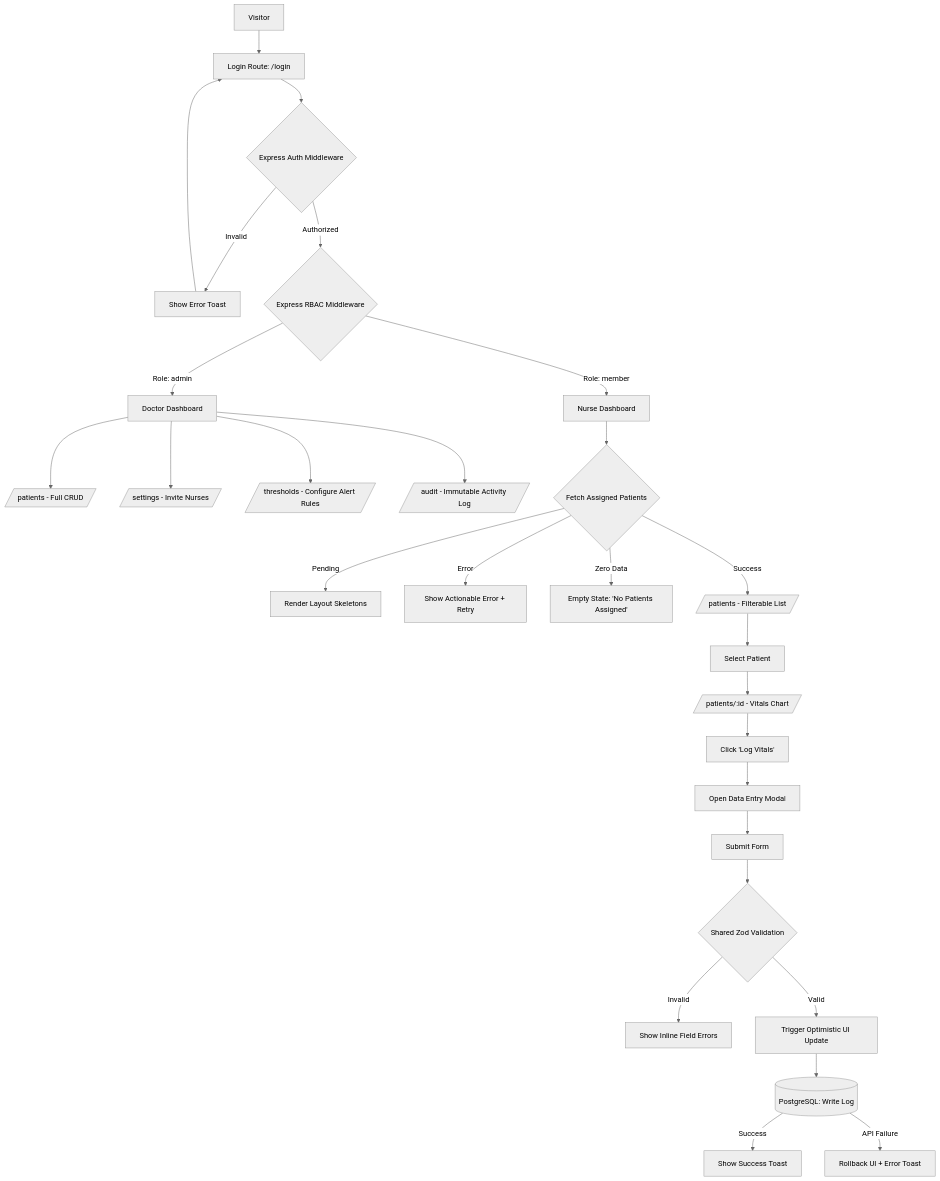
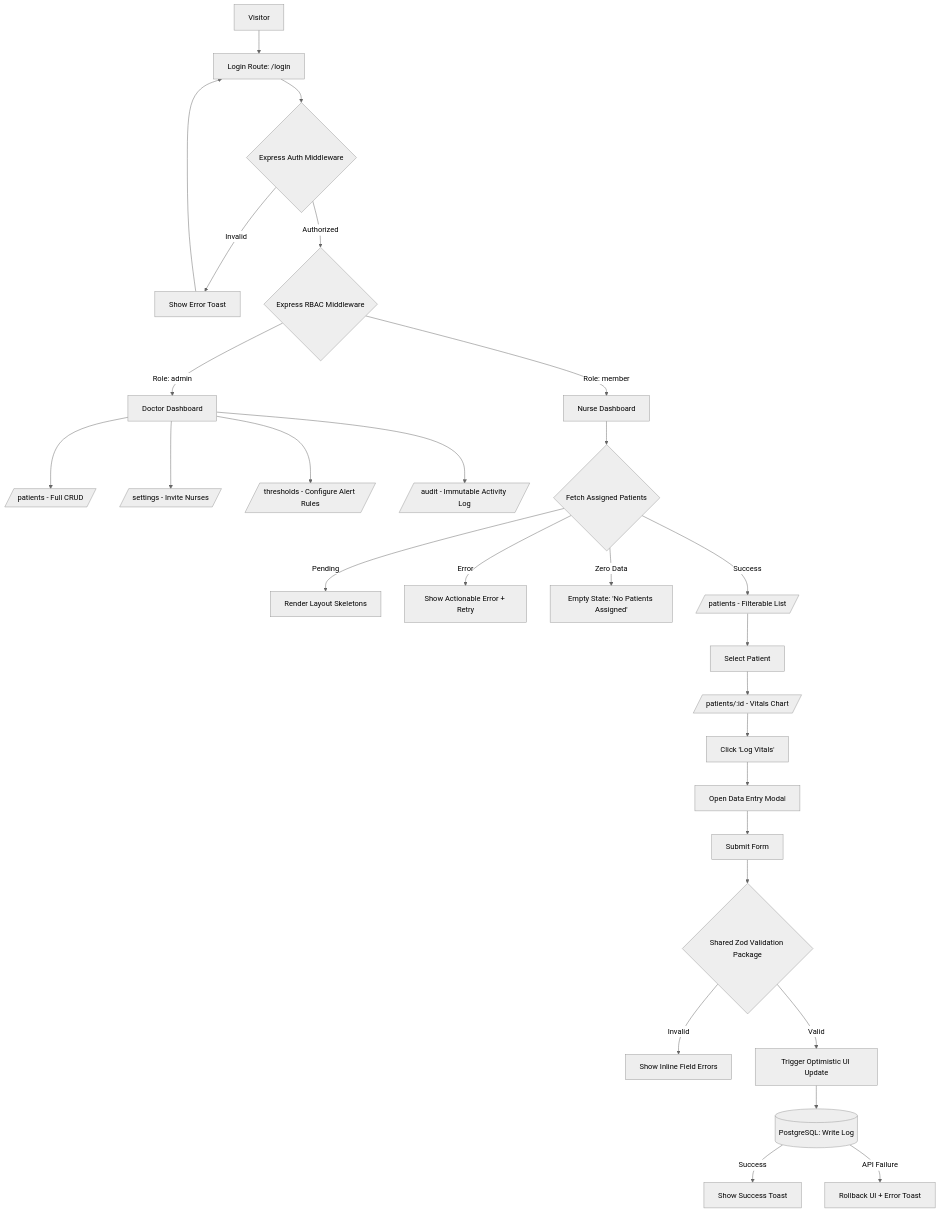
Before and after one commit to sanatan223/vitals-log: the diagram in PLAN.md, drawn with Mermaid (neutral theme). The commit also changed other lines of this file and 11 other files, not shown here.

````diff
--- a/PLAN.md
+++ b/PLAN.md
@@ -3,42 +3,42 @@
 ```mermaid
 graph TD
     %% Authentication & Authorization Boundary
     Start[Visitor] --> Login[Login Route: /login]
     Login --> AuthCheck{Express Auth Middleware}
     AuthCheck -->|Invalid| ErrorToast[Show Error Toast] --> Login
     AuthCheck -->|Authorized| RBAC{Express RBAC Middleware}
 
     %% Clinic Admin / Doctor Flow
     RBAC -->|Role: admin| DocDash[Doctor Dashboard]
     DocDash --> DocNav1[/patients - Full CRUD/]
     DocDash --> DocNav2[/settings - Invite Nurses/]
     DocDash --> DocNav3[/thresholds - Configure Alert Rules/]
     DocDash --> DocNav4[/audit - Immutable Activity Log/]
 
     %% Nurse Flow & UI States
     RBAC -->|Role: member| NurseDash[Nurse Dashboard]
     NurseDash --> FetchPatients{Fetch Assigned Patients}
     
     %% Handling all 4 states required by the handbook
     FetchPatients -->|Pending| Skeleton[Render Layout Skeletons]
     FetchPatients -->|Error| ErrorBoundary[Show Actionable Error + Retry]
     FetchPatients -->|Zero Data| EmptyState[Empty State: 'No Patients Assigned']
     FetchPatients -->|Success| PatientList[/patients - Filterable List/]
 
     %% Core Nurse Interaction: Logging Vitals
     PatientList --> ClickPatient[Select Patient]
     ClickPatient --> PatientDetail[/patients/:id - Vitals Chart/]
     
     PatientDetail --> ActionLog[Click 'Log Vitals']
     ActionLog --> Modal[Open Data Entry Modal]
     Modal --> Submit[Submit Form]
     
     %% Validation & Optimistic UI
-    Submit --> Zod{Shared Zod Validation}
+    Submit --> Zod{Shared Zod Validation Package}
     Zod -->|Invalid| InlineErr[Show Inline Field Errors]
     Zod -->|Valid| OptUI[Trigger Optimistic UI Update]
     
     OptUI --> DBWrite[(PostgreSQL: Write Log)]
     DBWrite -->|Success| SuccessToast[Show Success Toast]
     DBWrite -->|API Failure| Rollback[Rollback UI + Error Toast]
 ```
````
